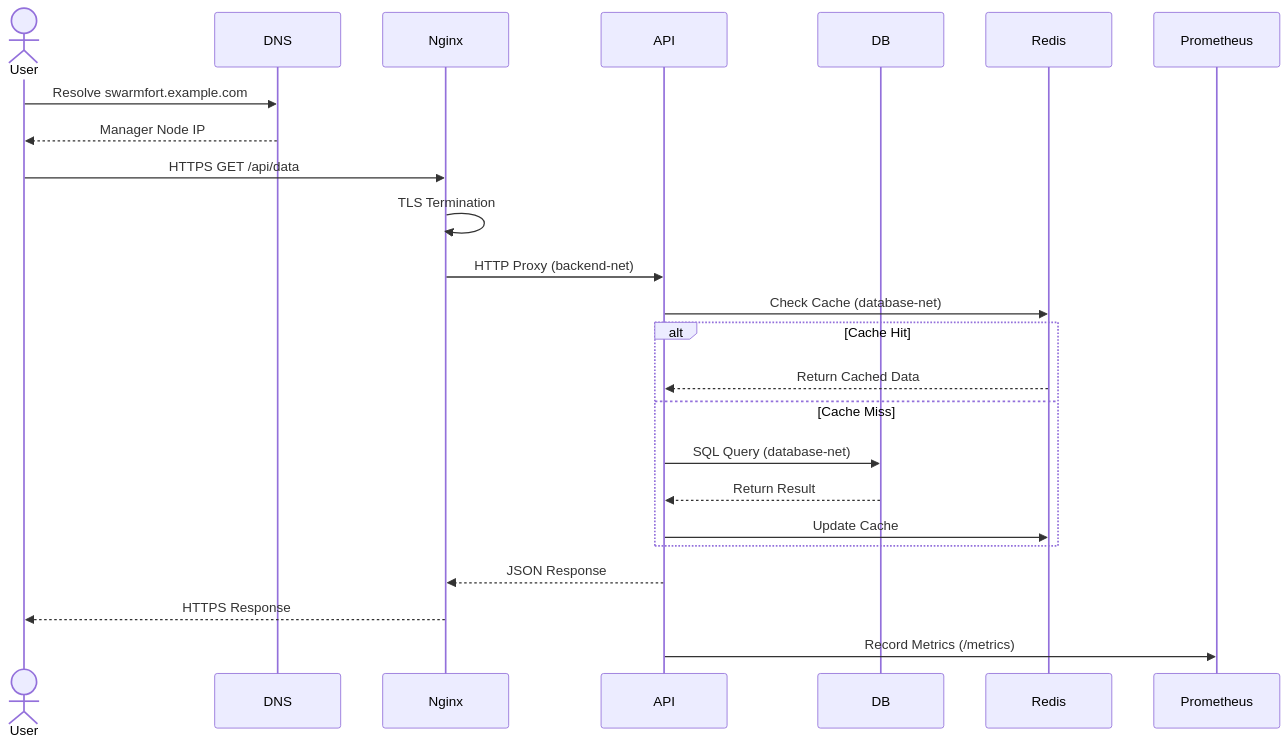
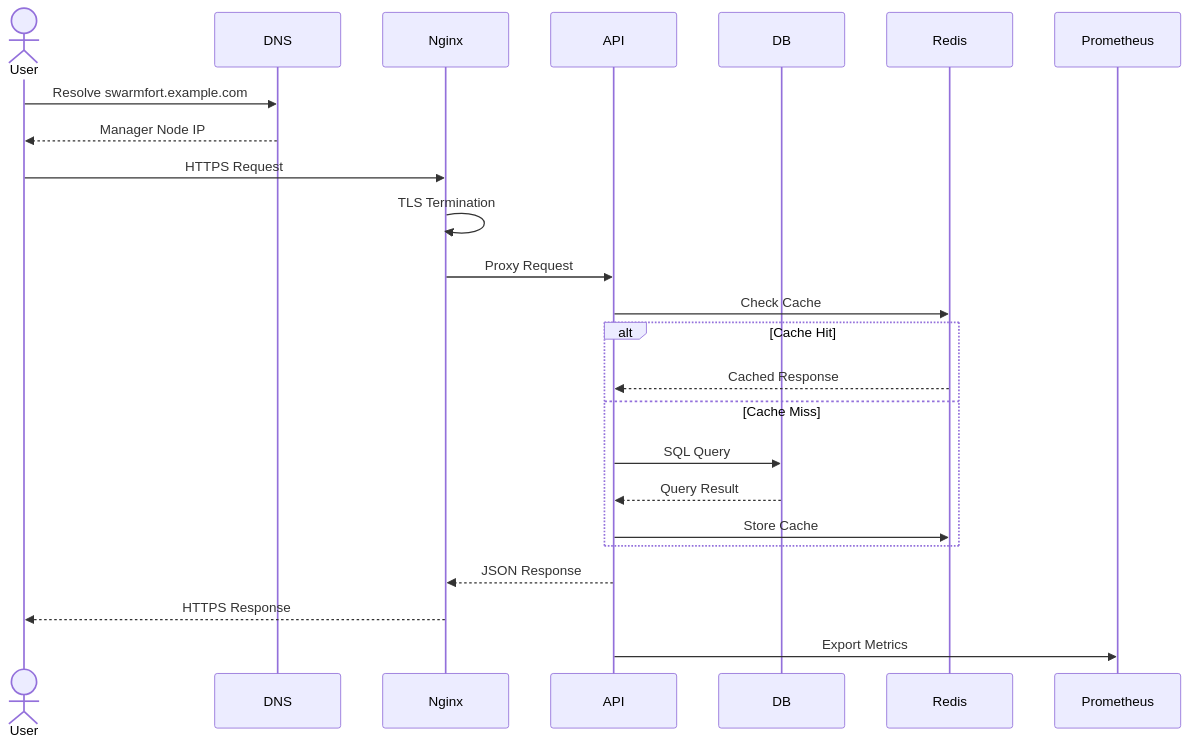
The third of 5 diagrams in docs/architecture.md (rajim59/SwarmFort), drawn with Mermaid before and after one commit. The commit also changed other lines of this file, not shown here.

Commit message:
chore: remove redundant and disconnected scripts (rootless, canary, rolling-update) to clean up architecture

````diff
--- a/docs/architecture.md
+++ b/docs/architecture.md
@@ -80,27 +90,41 @@
 ```mermaid
 sequenceDiagram
+
     actor User
+
     participant DNS
     participant Nginx
     participant API
     participant DB
     participant Redis
     participant Prometheus
 
     User->>DNS: Resolve swarmfort.example.com
     DNS-->>User: Manager Node IP
-    User->>Nginx: HTTPS GET /api/data
+
+    User->>Nginx: HTTPS Request
+
     Nginx->>Nginx: TLS Termination
-    Nginx->>API: HTTP Proxy (backend-net)
-    API->>Redis: Check Cache (database-net)
+
+    Nginx->>API: Proxy Request
+
+    API->>Redis: Check Cache
+
     alt Cache Hit
-        Redis-->>API: Return Cached Data
+
+        Redis-->>API: Cached Response
+
     else Cache Miss
-        API->>DB: SQL Query (database-net)
-        DB-->>API: Return Result
-        API->>Redis: Update Cache
+
+        API->>DB: SQL Query
+        DB-->>API: Query Result
+
+        API->>Redis: Store Cache
+
     end
+
     API-->>Nginx: JSON Response
     Nginx-->>User: HTTPS Response
-    API->>Prometheus: Record Metrics (/metrics)
+
+    API->>Prometheus: Export Metrics
 ```
````
